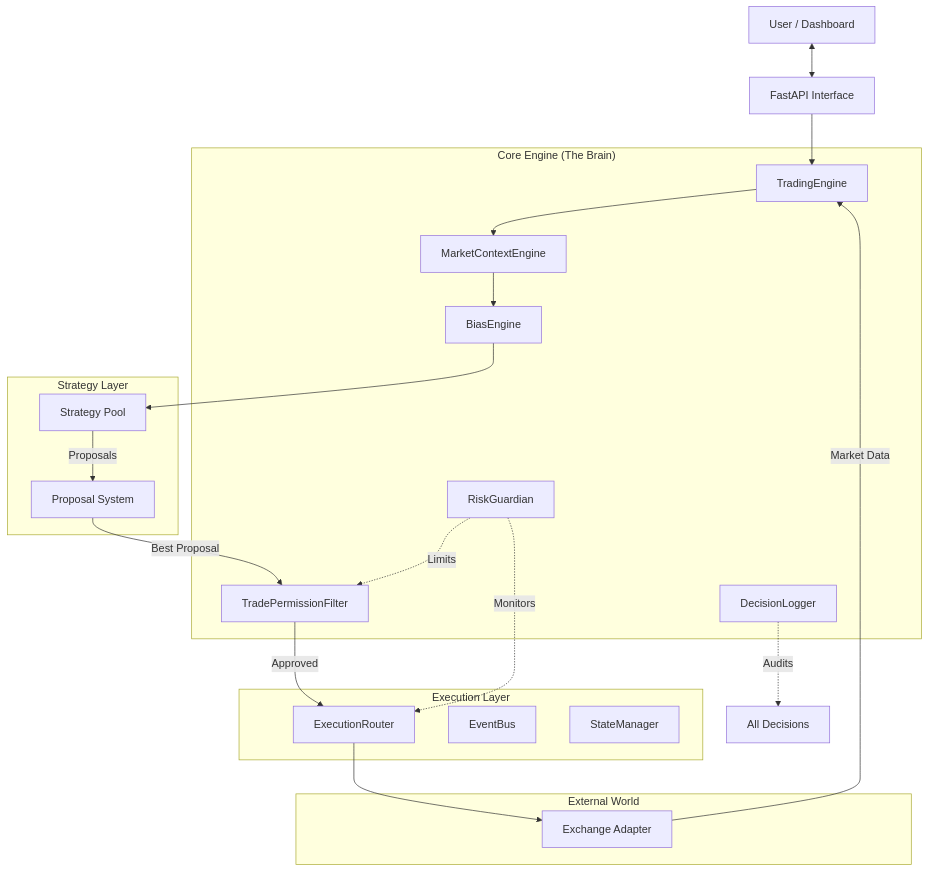
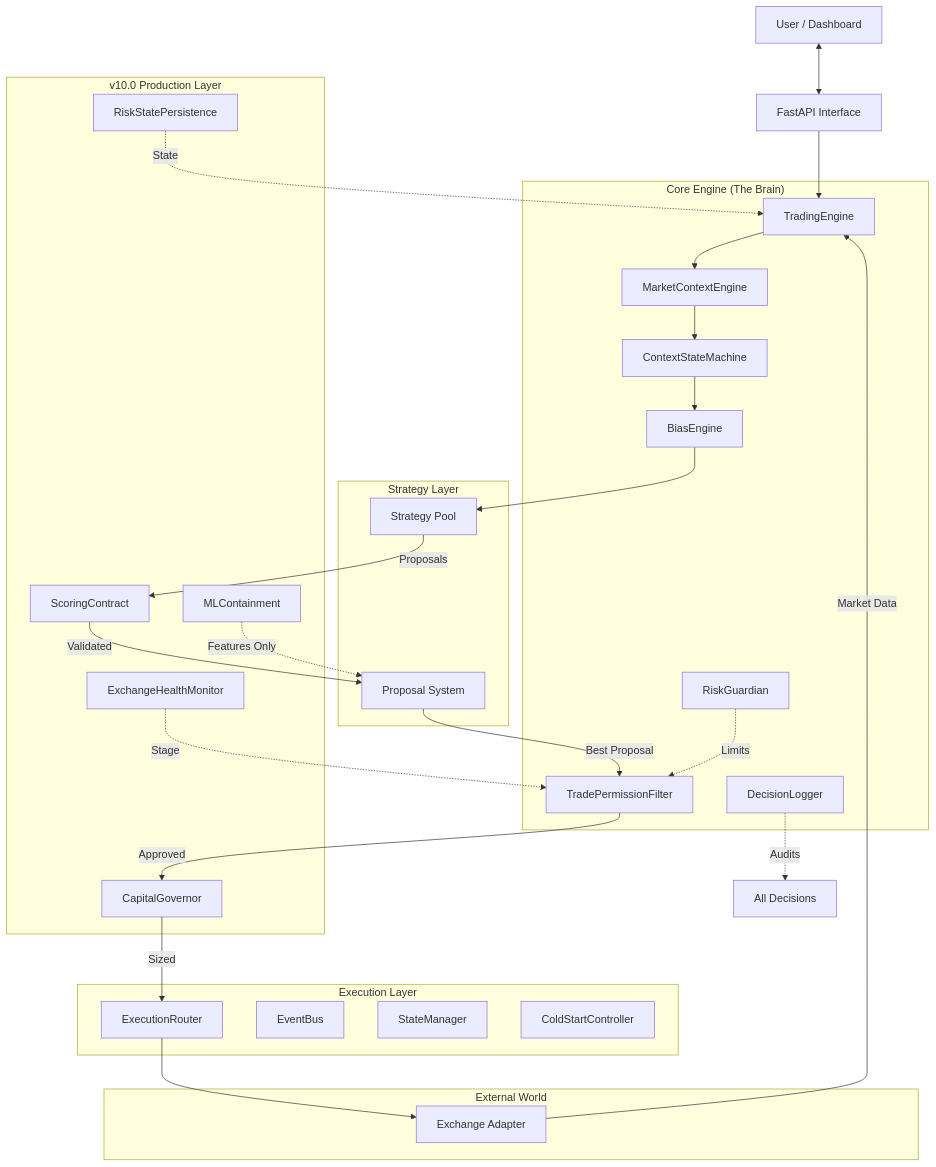
The first of 2 diagrams in architecture_analysis.md (unknsoul/cryptoboss), drawn with Mermaid before and after one commit. The commit also changed other lines of this file, not shown here.

Commit message:
docs: Update architecture analysis to v10.0 production-grade

````diff
--- a/architecture_analysis.md
+++ b/architecture_analysis.md
@@ -15,45 +15,60 @@
 ```mermaid
 graph TD
     User[User / Dashboard] <--> API[FastAPI Interface]
     
     subgraph "Core Engine (The Brain)"
         Engine[TradingEngine]
         Context[MarketContextEngine]
+        FSM[ContextStateMachine]
         Bias[BiasEngine]
         Perms[TradePermissionFilter]
         Risk[RiskGuardian]
         Logger[DecisionLogger]
+    end
+    
+    subgraph "v10.0 Production Layer"
+        Scoring[ScoringContract]
+        ML[MLContainment]
+        Capital[CapitalGovernor]
+        Health[ExchangeHealthMonitor]
+        Persistence[RiskStatePersistence]
     end
     
     subgraph "Strategy Layer"
         Strategies[Strategy Pool]
         Prop[Proposal System]
     end
     
     subgraph "Execution Layer"
         Router[ExecutionRouter]
         Bus[EventBus]
         State[StateManager]
+        ColdStart[ColdStartController]
     end
     
     subgraph "External World"
         Exchange[Exchange Adapter]
     end
     
     API --> Engine
     
     %% Main Loop Flow
     Exchange -->|Market Data| Engine
     Engine --> Context
-    Context --> Bias
+    Context --> FSM
+    FSM --> Bias
     Bias --> Strategies
-    Strategies -->|Proposals| Prop
+    Strategies -->|Proposals| Scoring
+    Scoring -->|Validated| Prop
     Prop -->|Best Proposal| Perms
-    Perms -->|Approved| Router
+    Perms -->|Approved| Capital
+    Capital -->|Sized| Router
     Router --> Exchange
     
-    %% Monitoring & Safety
+    %% v10.0 Safety Gates
+    Health -.->|Stage| Perms
+    ML -.->|Features Only| Prop
+    Persistence -.->|State| Engine
     Risk -.->|Limits| Perms
-    Risk -.->|Monitors| Router
     Logger -.->|Audits| All[All Decisions]
 ```
````
